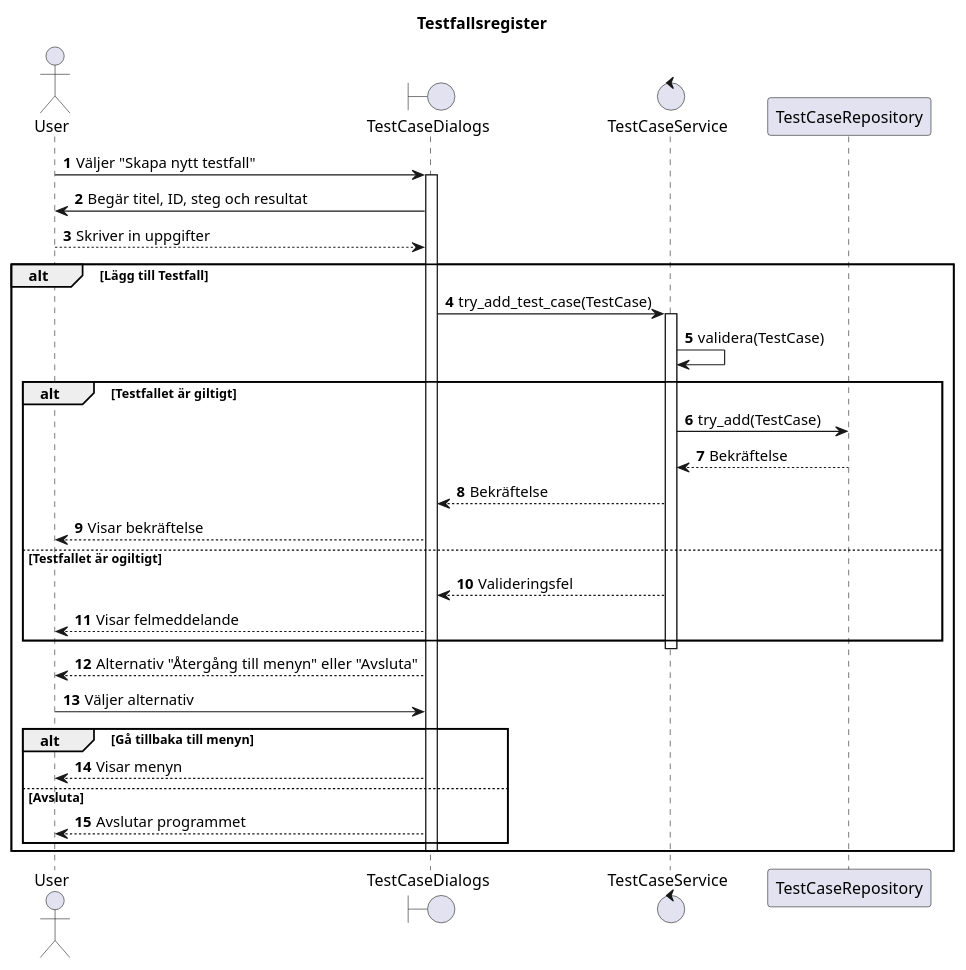
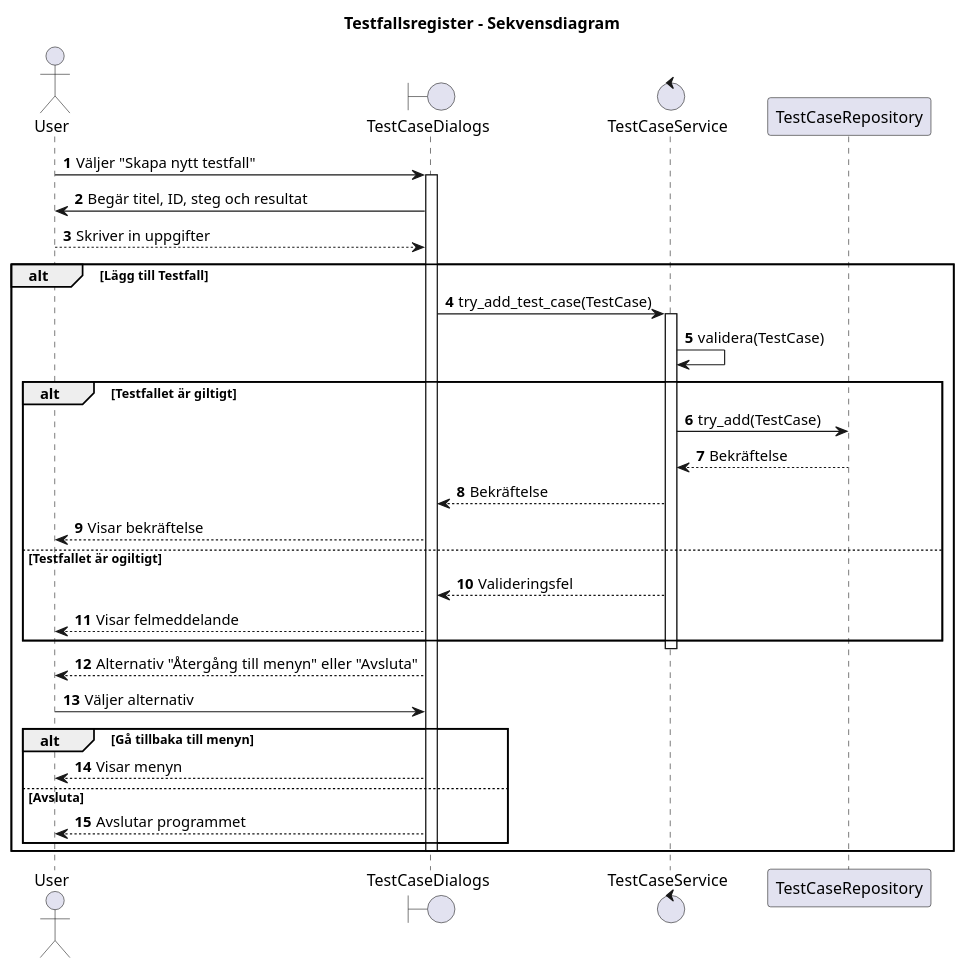
The diagram in diagrams/sequence_diagram.puml (Mikaela-Mattsson/python-test-case-app), drawn with PlantUML before and after one commit. The commit also changed 2 other files, not shown here.

```diff
--- a/diagrams/sequence_diagram.puml
+++ b/diagrams/sequence_diagram.puml
@@ -1,47 +1,48 @@
 @startuml sequencediagram
-title Testfallsregister
+
+title Testfallsregister - Sekvensdiagram
 
 autonumber
 
 actor "User" as User
 boundary "TestCaseDialogs" as Dialogs
 control "TestCaseService" as Service
 participant "TestCaseRepository" as Repository
 
 User -> Dialogs : Väljer "Skapa nytt testfall"
 activate Dialogs
 
 Dialogs -> User : Begär titel, ID, steg och resultat
 User --> Dialogs : Skriver in uppgifter
 
 alt Lägg till Testfall
     Dialogs -> Service : try_add_test_case(TestCase)
     activate Service
     Service -> Service : validera(TestCase)
     
     alt Testfallet är giltigt
         Service -> Repository : try_add(TestCase)
         Repository --> Service : Bekräftelse
         Service --> Dialogs : Bekräftelse
         Dialogs --> User : Visar bekräftelse
     
     else Testfallet är ogiltigt
         Service --> Dialogs : Valideringsfel
         Dialogs --> User : Visar felmeddelande  
     end
     deactivate Service
 
 
 Dialogs --> User : Alternativ "Återgång till menyn" eller "Avsluta"
 User-> Dialogs : Väljer alternativ
 
 alt Gå tillbaka till menyn
     Dialogs --> User : Visar menyn
 
 else Avsluta
     Dialogs --> User : Avslutar programmet
 
 end
 deactivate Dialogs
 end
 @enduml
```
